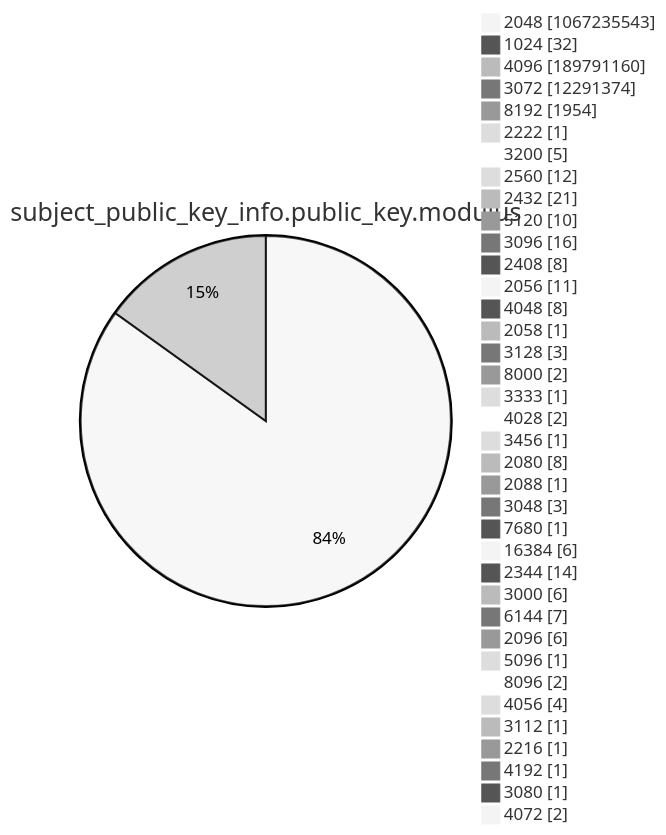
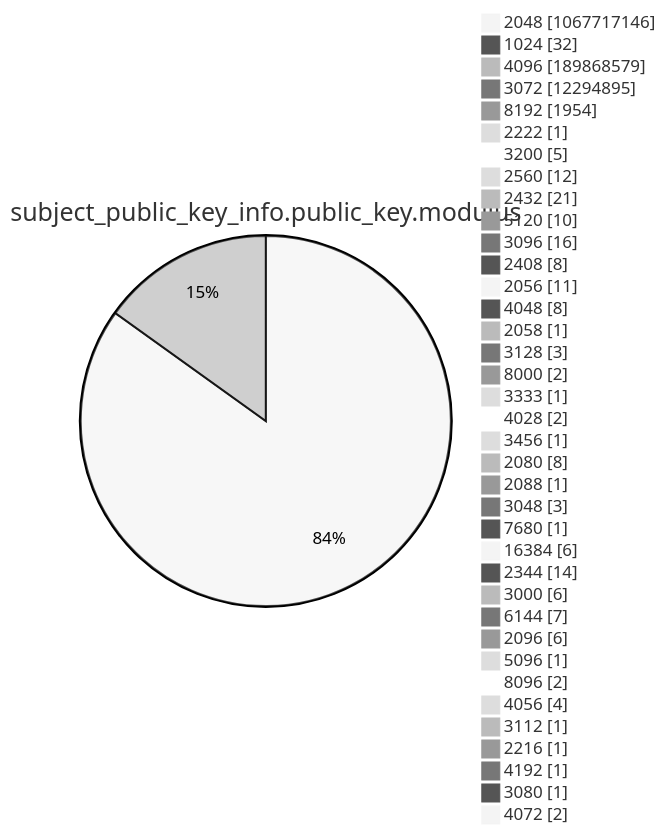
One commit to christiankrug/ctmonitor_visualization changed diagram 13 of 15 in argon2022/README.md. Above: the diagram before and after it, drawn with Mermaid (neutral theme). The commit also changed other lines of this file, not shown here.

````diff
--- a/argon2022/README.md
+++ b/argon2022/README.md
@@ -3589,41 +3589,41 @@
 ```mermaid
 pie showData
 title subject_public_key_info.public_key.modulus
-"2048" :1067235543
+"2048" :1067717146
 "1024" :32
-"4096" :189791160
-"3072" :12291374
+"4096" :189868579
+"3072" :12294895
 "8192" :1954
 "2222" :1
 "3200" :5
 "2560" :12
 "2432" :21
 "5120" :10
 "3096" :16
 "2408" :8
 "2056" :11
 "4048" :8
 "2058" :1
 "3128" :3
 "8000" :2
 "3333" :1
 "4028" :2
 "3456" :1
 "2080" :8
 "2088" :1
 "3048" :3
 "7680" :1
 "16384" :6
 "2344" :14
 "3000" :6
 "6144" :7
 "2096" :6
 "5096" :1
 "8096" :2
 "4056" :4
 "3112" :1
 "2216" :1
 "4192" :1
 "3080" :1
 "4072" :2
 ```
````
